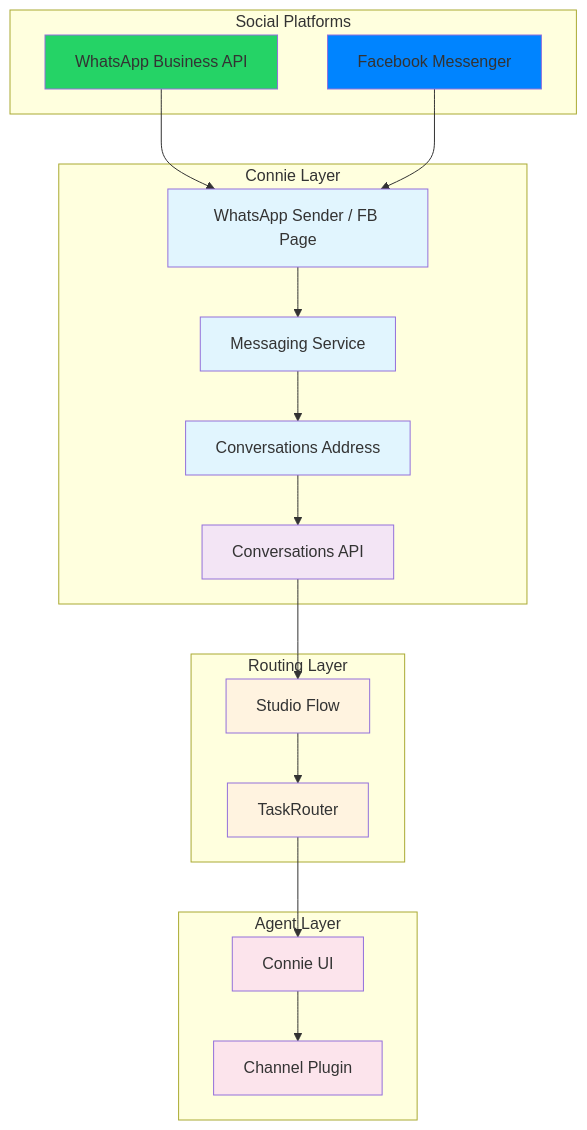
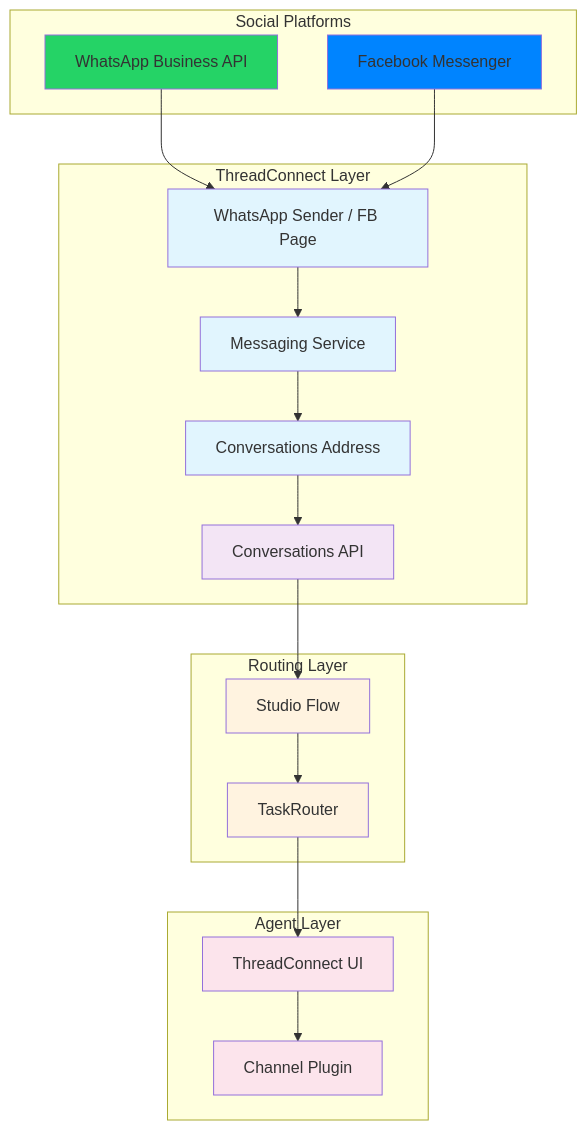
One commit to ConnieML/docs.connie changed the second of 2 diagrams in docs/end-users/administrators/channels/social-media/index.md. Above: the diagram before and after it, drawn with Mermaid. The commit also changed other lines of this file and 139 other files, not shown here.

First line of the commit message:
Rebrand body text: Connie -> ThreadConnect across docs (CEO order 2026-10-30)

````diff
--- a/docs/end-users/administrators/channels/social-media/index.md
+++ b/docs/end-users/administrators/channels/social-media/index.md
@@ -95,45 +95,45 @@
 ```mermaid
 flowchart TD
     subgraph "Social Platforms"
         WA[WhatsApp Business API]
         FB[Facebook Messenger]
     end
 
-    subgraph "Connie Layer"
+    subgraph "ThreadConnect Layer"
         SENDER[WhatsApp Sender / FB Page]
         MS[Messaging Service]
         CA[Conversations Address]
         CONV[Conversations API]
     end
 
     subgraph "Routing Layer"
         SF[Studio Flow]
         TR[TaskRouter]
     end
 
     subgraph "Agent Layer"
-        FLEX[Connie UI]
+        FLEX[ThreadConnect UI]
         PLUGIN[Channel Plugin]
     end
 
     WA --> SENDER
     FB --> SENDER
     SENDER --> MS
     MS --> CA
     CA --> CONV
     CONV --> SF
     SF --> TR
     TR --> FLEX
     FLEX --> PLUGIN
 
     style WA fill:#25D366
     style FB fill:#0084FF
     style SENDER fill:#e1f5fe
     style MS fill:#e1f5fe
     style CA fill:#e1f5fe
     style CONV fill:#f3e5f5
     style SF fill:#fff3e0
     style TR fill:#fff3e0
     style FLEX fill:#fce4ec
     style PLUGIN fill:#fce4ec
 ```
````
